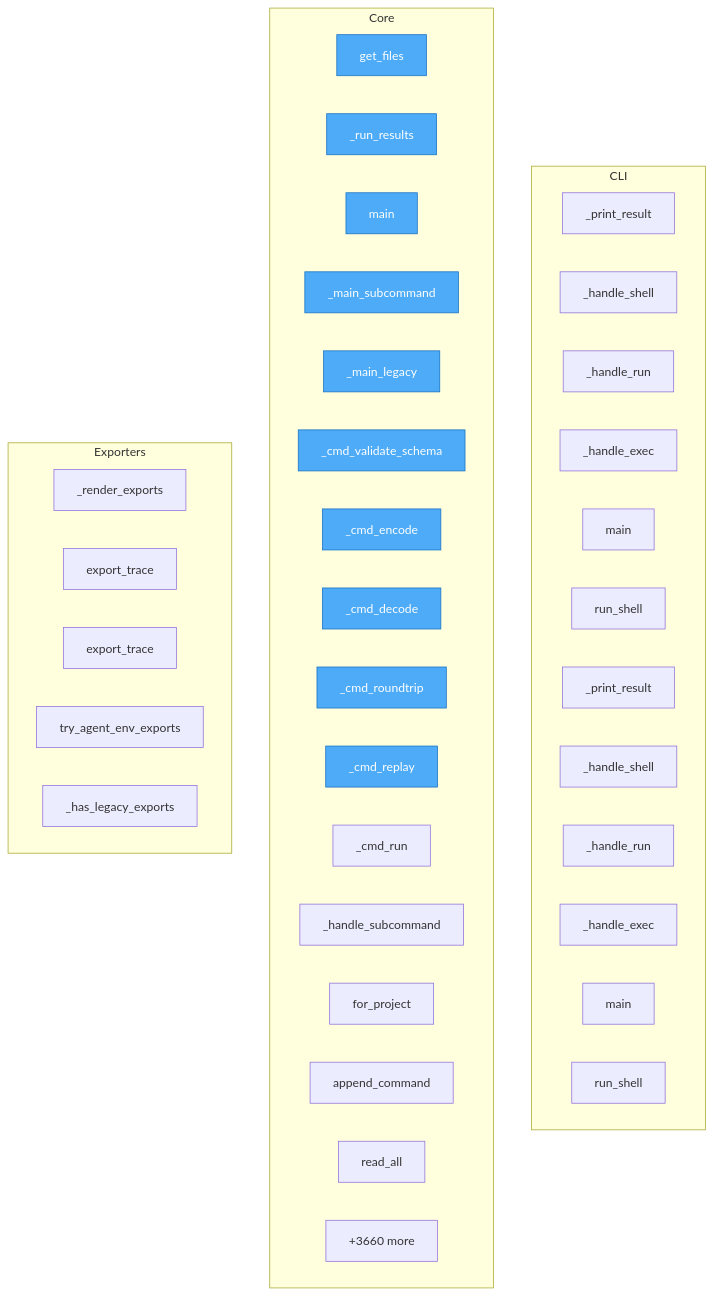
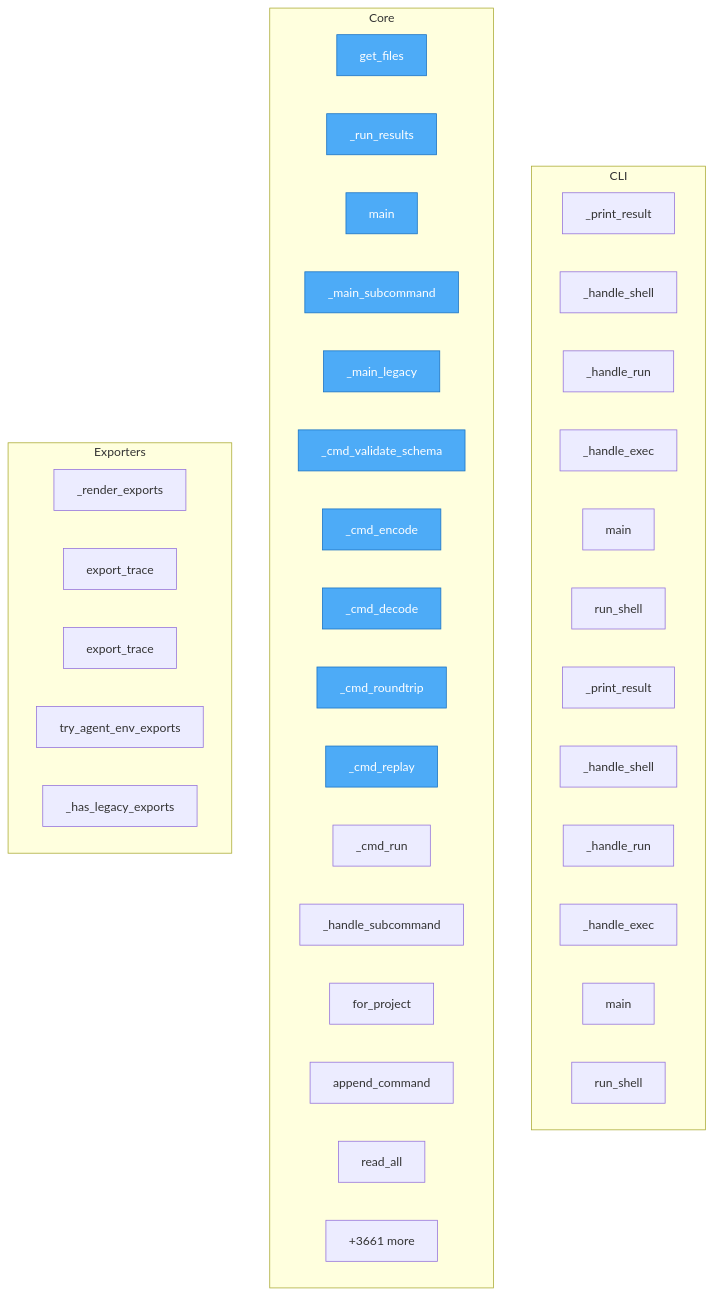
Before and after one commit to semcod/koru: the diagram in project/flow.mmd, drawn with Mermaid. The commit also changed 24 other files, not shown here.

```diff
--- a/project/flow.mmd
+++ b/project/flow.mmd
@@ -1,49 +1,49 @@
 flowchart TD
-%% generated in 1.50s
+%% generated in 2.20s
 
     %% Entry points (blue)
     classDef entry fill:#4dabf7,stroke:#1971c2,color:#fff
 
     subgraph CLI
         packages__cli2koru__src__cli2koru__cli___print_result["_print_result"]
         packages__cli2koru__src__cli2koru__cli___handle_shell["_handle_shell"]
         packages__cli2koru__src__cli2koru__cli___handle_run["_handle_run"]
         packages__cli2koru__src__cli2koru__cli___handle_exec["_handle_exec"]
         packages__cli2koru__src__cli2koru__cli__main["main"]
         packages__cli2koru__src__cli2koru__shell__run_shell["run_shell"]
         packages__cli2coru__src__cli2coru__cli___print_result["_print_result"]
         packages__cli2coru__src__cli2coru__cli___handle_shell["_handle_shell"]
         packages__cli2coru__src__cli2coru__cli___handle_run["_handle_run"]
         packages__cli2coru__src__cli2coru__cli___handle_exec["_handle_exec"]
         packages__cli2coru__src__cli2coru__cli__main["main"]
         packages__cli2coru__src__cli2coru__shell__run_shell["run_shell"]
     end
 
     subgraph Core
         check_dups__get_files["get_files"]
         packages__dsl2koru__src__dsl2koru__cli___run_results["_run_results"]
         packages__dsl2koru__src__dsl2koru__cli__main["main"]
         packages__dsl2koru__src__dsl2koru__cli___main_subcommand["_main_subcommand"]
         packages__dsl2koru__src__dsl2koru__cli___main_legacy["_main_legacy"]
         packages__dsl2koru__src__dsl2koru__cli___cmd_validate_schema["_cmd_validate_schema"]
         packages__dsl2koru__src__dsl2koru__cli___cmd_encode["_cmd_encode"]
         packages__dsl2koru__src__dsl2koru__cli___cmd_decode["_cmd_decode"]
         packages__dsl2koru__src__dsl2koru__cli___cmd_roundtrip["_cmd_roundtrip"]
         packages__dsl2koru__src__dsl2koru__cli___cmd_replay["_cmd_replay"]
         packages__dsl2koru__src__dsl2koru__cli___cmd_run["_cmd_run"]
         packages__dsl2koru__src__dsl2koru__cli___handle_subcommand["_handle_subcommand"]
         packages__dsl2koru__src__dsl2koru__events__EventStore__for_project["for_project"]
         packages__dsl2koru__src__dsl2koru__events__EventStore__append_command["append_command"]
         packages__dsl2koru__src__dsl2koru__events__EventStore__read_all["read_all"]
-        ...["+3660 more"]
+        ...["+3661 more"]
     end
 
     subgraph Exporters
         packages__koruenv__src__koruenv__cli___render_exports["_render_exports"]
         packages__nlpshim__src__nlpshim__conversation_client__ConversationTestClient__export_trace["export_trace"]
         packages__nlpshim__src__nlpshim__conversation_test_api__export_trace["export_trace"]
         src__koru__agent_cli_helpers__try_agent_env_exports["try_agent_env_exports"]
         src__koru__cli___has_legacy_exports["_has_legacy_exports"]
     end
 
     class check_dups__get_files,packages__dsl2koru__src__dsl2koru__cli___run_results,packages__dsl2koru__src__dsl2koru__cli__main,packages__dsl2koru__src__dsl2koru__cli___main_subcommand,packages__dsl2koru__src__dsl2koru__cli___main_legacy,packages__dsl2koru__src__dsl2koru__cli___cmd_validate_schema,packages__dsl2koru__src__dsl2koru__cli___cmd_encode,packages__dsl2koru__src__dsl2koru__cli___cmd_decode,packages__dsl2koru__src__dsl2koru__cli___cmd_roundtrip,packages__dsl2koru__src__dsl2koru__cli___cmd_replay entry
```
